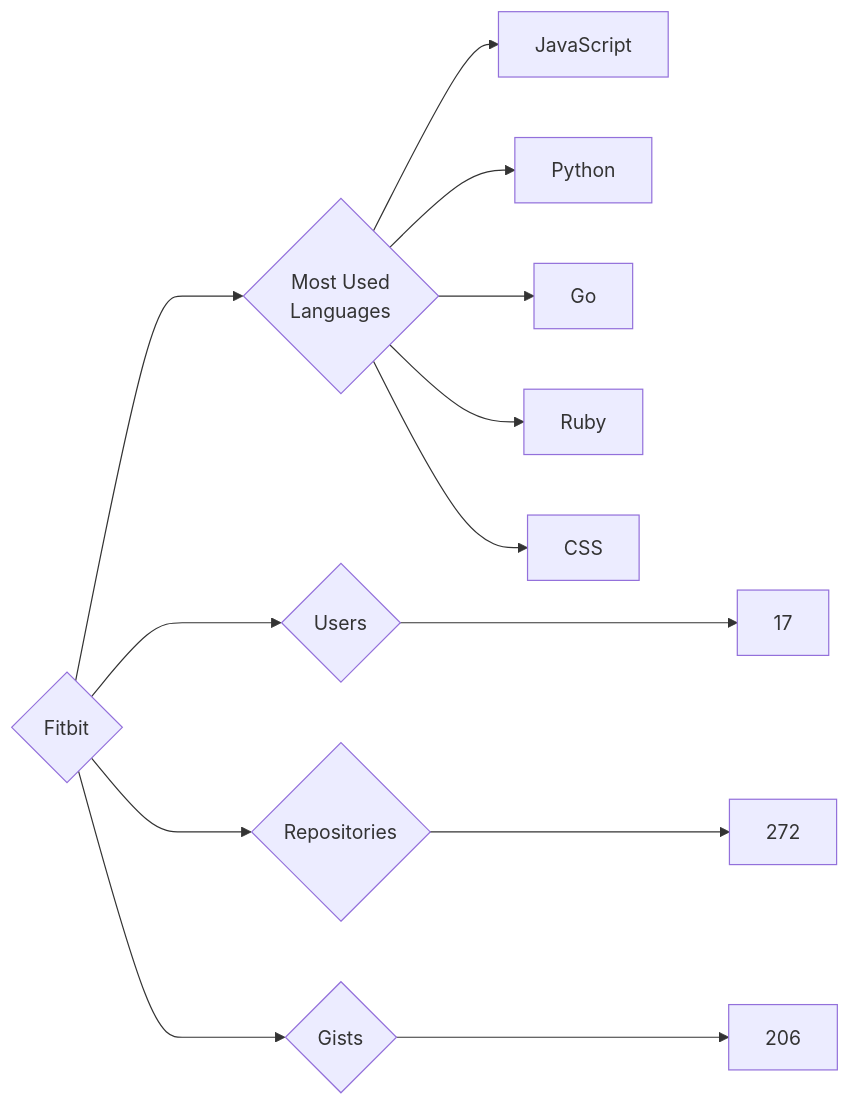
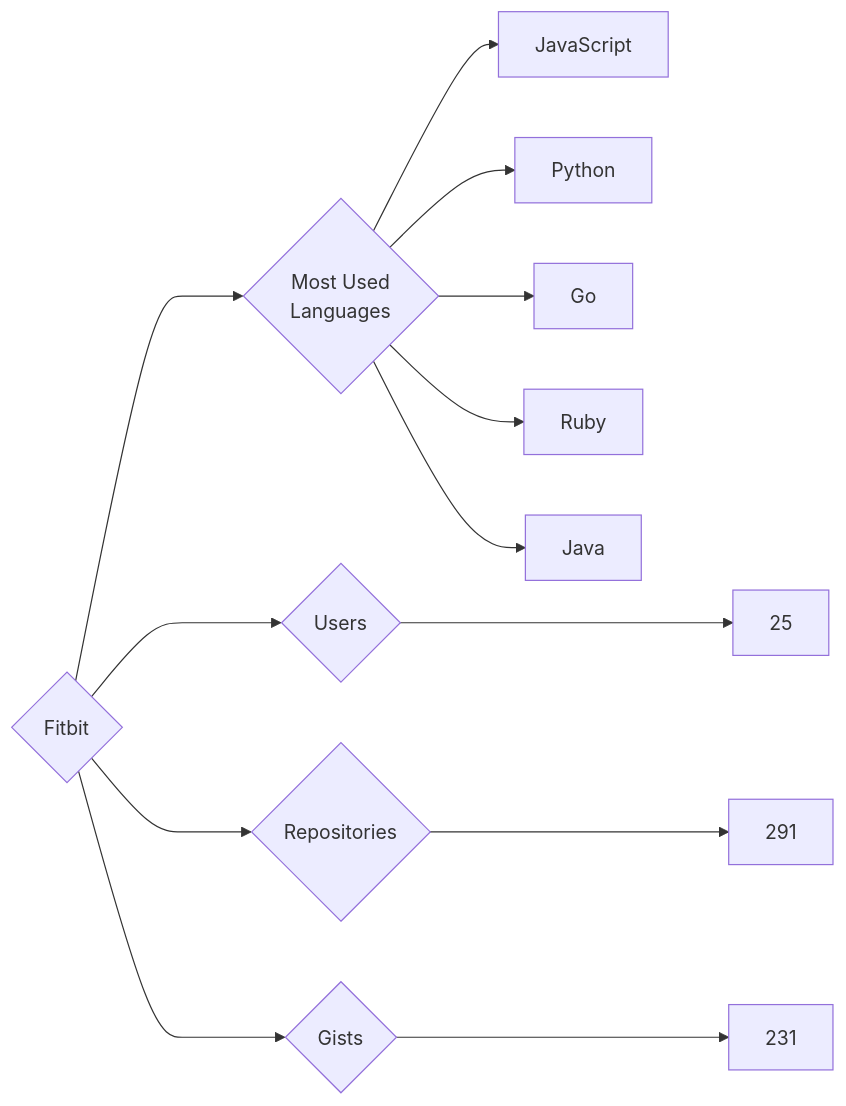
One commit to trickest/insiders changed the diagram in targets/Fitbit/README.md. Above: the diagram before and after it, drawn with Mermaid. The commit also changed 953 other files, not shown here.

````diff
--- a/targets/Fitbit/README.md
+++ b/targets/Fitbit/README.md
@@ -3,13 +3,13 @@
 ```mermaid
 graph LR
 COMPANY_NAME{Fitbit}
-COMPANY_NAME ---> U{Users} ---> UN[17]
-COMPANY_NAME ---> R{Repositories} ---> RN[272]
-COMPANY_NAME ---> G{Gists} ---> GN[206]
+COMPANY_NAME ---> U{Users} ---> UN[25]
+COMPANY_NAME ---> R{Repositories} ---> RN[291]
+COMPANY_NAME ---> G{Gists} ---> GN[231]
 COMPANY_NAME ---> ML{Most Used<br>Languages}
 ML --> JavaScript[JavaScript]
 ML --> Python[Python]
 ML --> Go[Go]
 ML --> Ruby[Ruby]
-ML --> CSS[CSS]
+ML --> Java[Java]
 ```
````
